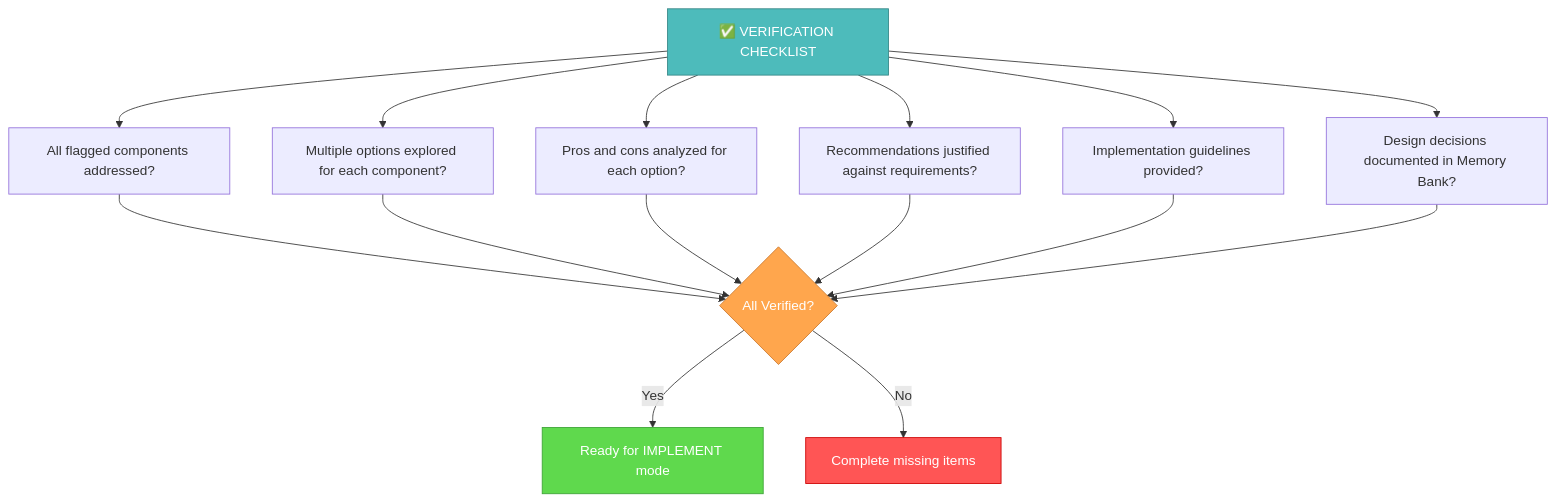
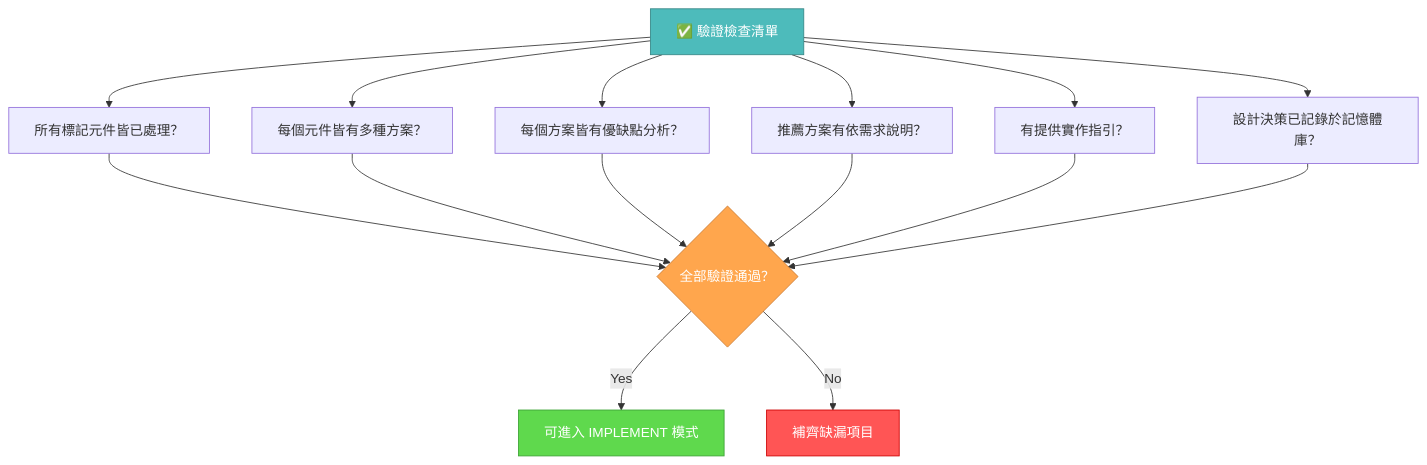
One commit to chenjackle45/cursor-memory-bank-chinese changed the sixth of 6 diagrams in 中文化/custom_modes/creative_instructions.md. Above: the diagram before and after it, drawn with Mermaid. The commit also changed other lines of this file and 5 other files, not shown here.

Commit message:
Translate and update documentation for Reflect+Archive and VAN modes to enhance clarity and accessibility for users. Adjusted flowcharts and verification checklists to reflect changes in the development process.

````diff
--- a/中文化/custom_modes/creative_instructions.md
+++ b/中文化/custom_modes/creative_instructions.md
@@ -258,18 +265,18 @@
 ```mermaid
 graph TD
-    V["✅ VERIFICATION CHECKLIST"] --> C["All flagged components addressed?"]
-    V --> O["Multiple options explored for each component?"]
-    V --> A["Pros and cons analyzed for each option?"]
-    V --> R["Recommendations justified against requirements?"]
-    V --> I["Implementation guidelines provided?"]
-    V --> D["Design decisions documented in Memory Bank?"]
-    
-    C & O & A & R & I & D --> Decision{"All Verified?"}
-    Decision -->|"Yes"| Complete["Ready for IMPLEMENT mode"]
-    Decision -->|"No"| Fix["Complete missing items"]
-    
+    V["✅ 驗證檢查清單"] --> C["所有標記元件皆已處理？"]
+    V --> O["每個元件皆有多種方案？"]
+    V --> A["每個方案皆有優缺點分析？"]
+    V --> R["推薦方案有依需求說明？"]
+    V --> I["有提供實作指引？"]
+    V --> D["設計決策已記錄於記憶體庫？"]
+
+    C & O & A & R & I & D --> Decision{"全部驗證通過？"}
+    Decision -->|"Yes"| Complete["可進入 IMPLEMENT 模式"]
+    Decision -->|"No"| Fix["補齊缺漏項目"]
+
     style V fill:#4dbbbb,stroke:#368787,color:white
     style Decision fill:#ffa64d,stroke:#cc7a30,color:white
     style Complete fill:#5fd94d,stroke:#3da336,color:white
     style Fix fill:#ff5555,stroke:#cc0000,color:white
 ```
````
